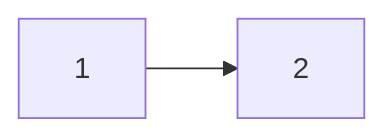
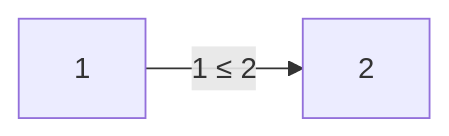
Before and after one commit to yo-goto/zenn-public-repo: the first of 16 diagrams in books/ast/5-ast-order-theoretic-model.md, drawn with Mermaid. The commit also changed other lines of this file, not shown here.

Commit message:
🐛 fix(chapter): 順序理論の章で、ハッセ図にまつわる説明を正確に修正

````diff
--- a/books/ast/5-ast-order-theoretic-model.md
+++ b/books/ast/5-ast-order-theoretic-model.md
@@ -48,4 +48,4 @@
 ```mermaid
 graph LR
-1 --> 2
+1 -->|1 ≤ 2| 2
 ```
````
